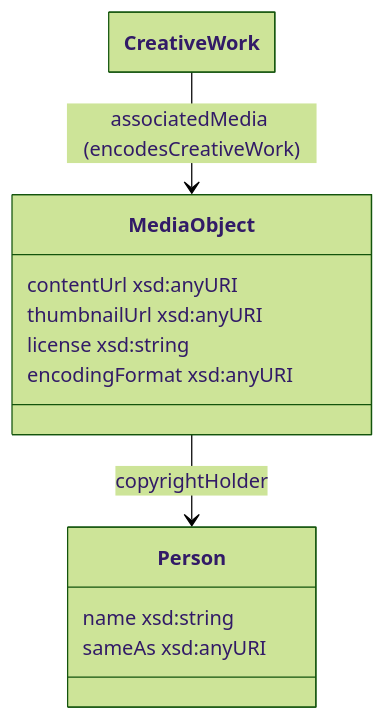
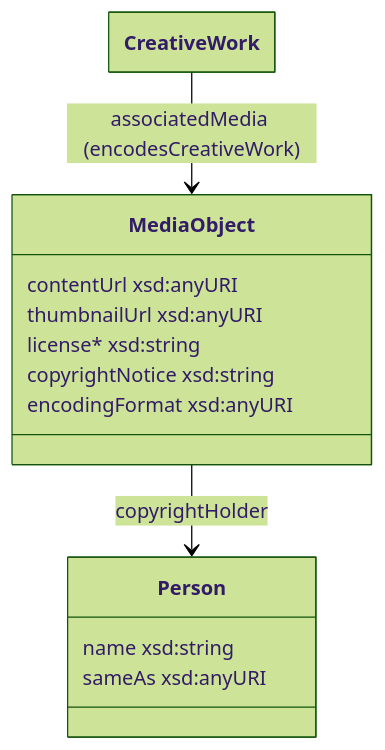
Before and after one commit to collectienederland/schema-profile: the third of 5 diagrams in docs/datamodel.md, drawn with Mermaid. The commit also changed other lines of this file, not shown here.

```diff
--- a/docs/datamodel.md
+++ b/docs/datamodel.md
@@ -169,23 +170,24 @@
 <pre class="mermaid">
 ---
   config:
     theme: forest
     class:
       hideEmptyMembersBox: true
 ---
 classDiagram
 class creativework["CreativeWork"] 
 
 class mediaobject["MediaObject"] {
   contentUrl xsd:anyURI
   thumbnailUrl xsd:anyURI
-  license xsd:string
+  license* xsd:string
+  copyrightNotice xsd:string
   encodingFormat xsd:anyURI
 }
 creativework --> mediaobject: associatedMedia (encodesCreativeWork)
 class cpholder["Person"] {
   name xsd:string
   sameAs xsd:anyURI
 }
 mediaobject --> cpholder:copyrightHolder
 </pre>
```
